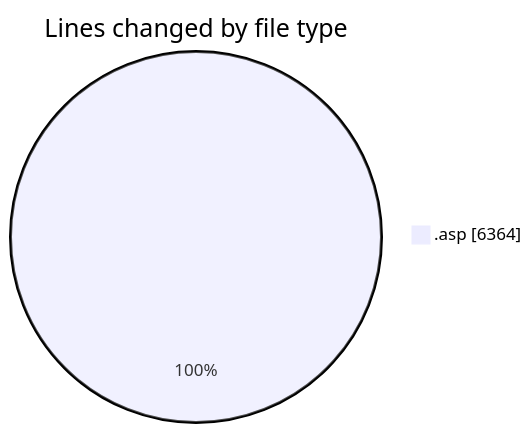
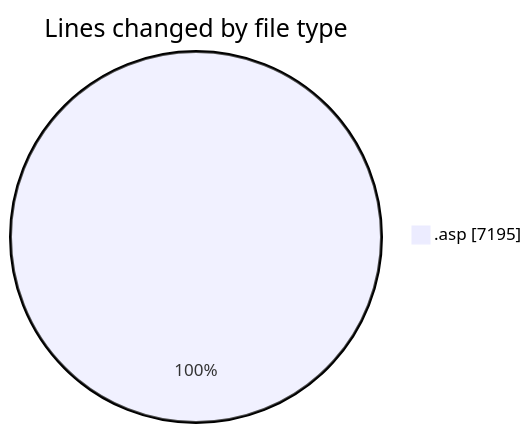
One commit to julien-gomy/code-tracking changed the first of 2 diagrams in 2025-11-10/cdp_aleoudev_fr__workspace_/README.md. Above: the diagram before and after it, drawn with Mermaid. The commit also changed other lines of this file and 1 other file, not shown here.

````diff
--- a/2025-11-10/cdp_aleoudev_fr__workspace_/README.md
+++ b/2025-11-10/cdp_aleoudev_fr__workspace_/README.md
@@ -35,5 +36,5 @@
 ```mermaid
 pie showData
 title Lines changed by file type
-".asp" : 6364
+".asp" : 7195
 ```
````
